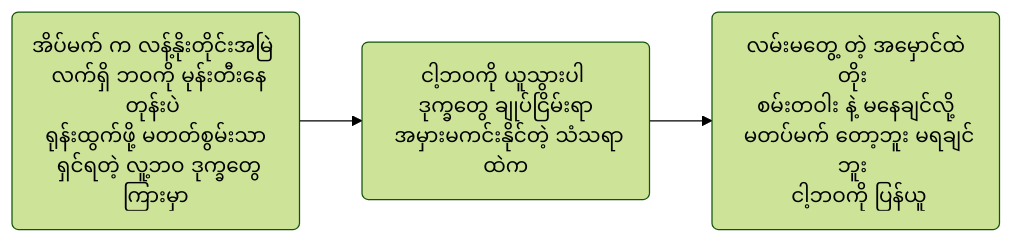
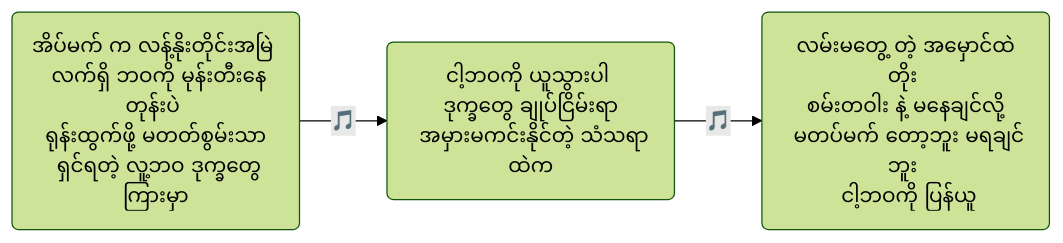
One commit to AungMyoKyaw/aungmyokyaw changed the diagram in readme.md. Above: the diagram before and after it, drawn with Mermaid (forest theme).

````diff
--- a/readme.md
+++ b/readme.md
@@ -27,4 +27,4 @@
 ```mermaid
 flowchart LR
-A("အိပ်မက် က လန့်နိုးတိုင်းအမြဲ </br> လက်ရှိ ဘဝကို မုန်းတီးနေတုန်းပဲ </br> ရုန်းထွက်ဖို့ မတတ်စွမ်းသာ </br> ရှင်ရတဲ့ လူ့ဘဝ ဒုက္ခတွေကြားမှာ")--> A2("ငါ့ဘဝကို ယူသွားပါ </br> ဒုက္ခတွေ ချုပ်ငြိမ်းရာ </br> အမှားမကင်းနိုင်တဲ့ သံသရာထဲက") --> A3("လမ်းမတွေ့ တဲ့ အမှောင်ထဲတိုး </br> စမ်းတဝါး နဲ့ မနေချင်လို့ </br> မတပ်မက် တော့ဘူး မရချင်ဘူး </br> ငါ့ဘဝကို ပြန်ယူ")
+A("အိပ်မက် က လန့်နိုးတိုင်းအမြဲ </br> လက်ရှိ ဘဝကို မုန်းတီးနေတုန်းပဲ </br> ရုန်းထွက်ဖို့ မတတ်စွမ်းသာ </br> ရှင်ရတဲ့ လူ့ဘဝ ဒုက္ခတွေကြားမှာ")--> |"🎵"| A2("ငါ့ဘဝကို ယူသွားပါ </br> ဒုက္ခတွေ ချုပ်ငြိမ်းရာ </br> အမှားမကင်းနိုင်တဲ့ သံသရာထဲက") --> |"🎵"| A3("လမ်းမတွေ့ တဲ့ အမှောင်ထဲတိုး </br> စမ်းတဝါး နဲ့ မနေချင်လို့ </br> မတပ်မက် တော့ဘူး မရချင်ဘူး </br> ငါ့ဘဝကို ပြန်ယူ")
 ```
````
